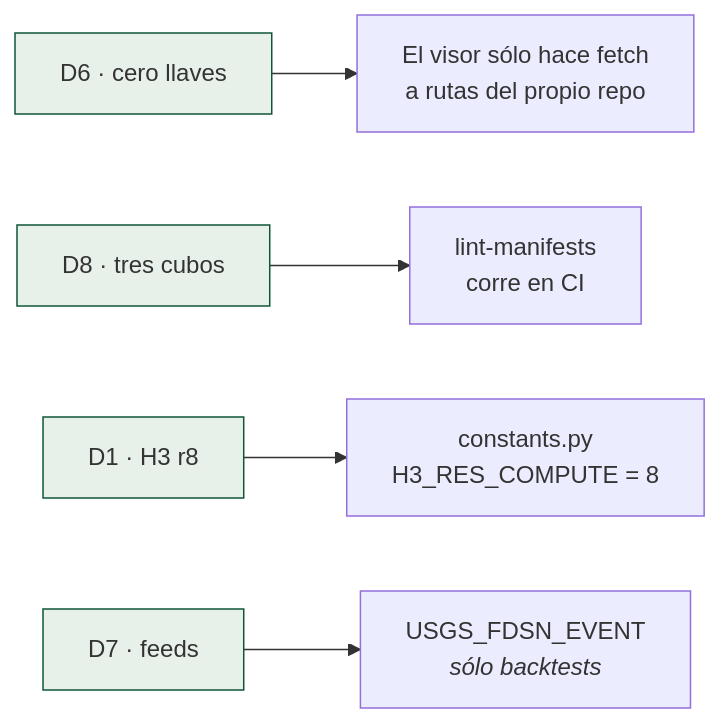
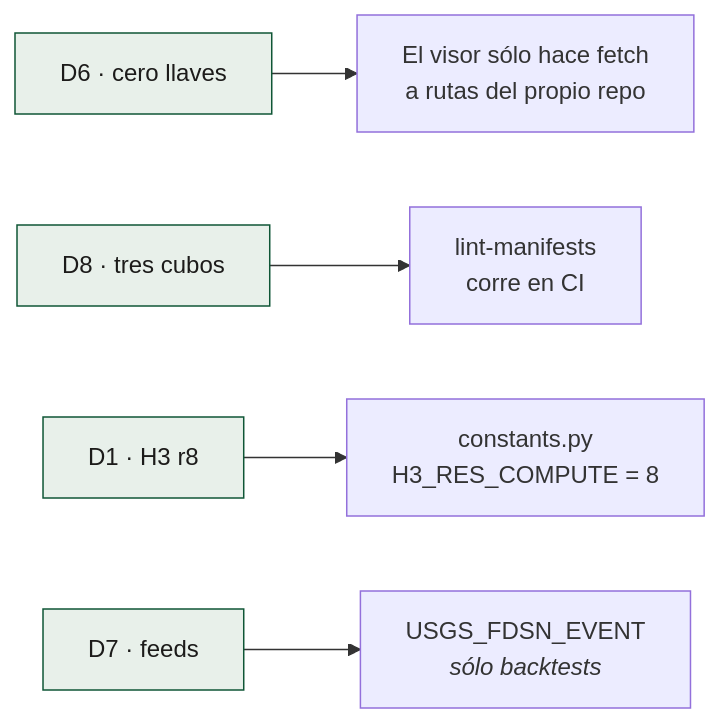
The first of 2 diagrams in docs/arquitectura/decisiones.md (sforero77/CENTINELA), drawn with Mermaid before and after one commit. The commit also changed other lines of this file and 24 other files, not shown here.

First line of the commit message:
Los rotulos de los diagramas se borraban en tema oscuro

````diff
--- a/docs/arquitectura/decisiones.md
+++ b/docs/arquitectura/decisiones.md
@@ -20,12 +20,12 @@
 ```mermaid
 flowchart LR
   D6["D6 · cero llaves"] --> T1["El visor sólo hace fetch<br/>a rutas del propio repo"]
   D8["D8 · tres cubos"] --> T2["lint-manifests<br/>corre en CI"]
   D1["D1 · H3 r8"] --> T3["constants.py<br/>H3_RES_COMPUTE = 8"]
   D7["D7 · feeds"] --> T4["USGS_FDSN_EVENT<br/><i>sólo backtests</i>"]
 
-  style D6 fill:#e8f0ea,stroke:#0f5636
-  style D8 fill:#e8f0ea,stroke:#0f5636
-  style D1 fill:#e8f0ea,stroke:#0f5636
-  style D7 fill:#e8f0ea,stroke:#0f5636
+  style D6 fill:#e8f0ea,stroke:#0f5636,color:#1c1b1a
+  style D8 fill:#e8f0ea,stroke:#0f5636,color:#1c1b1a
+  style D1 fill:#e8f0ea,stroke:#0f5636,color:#1c1b1a
+  style D7 fill:#e8f0ea,stroke:#0f5636,color:#1c1b1a
 ```
````
